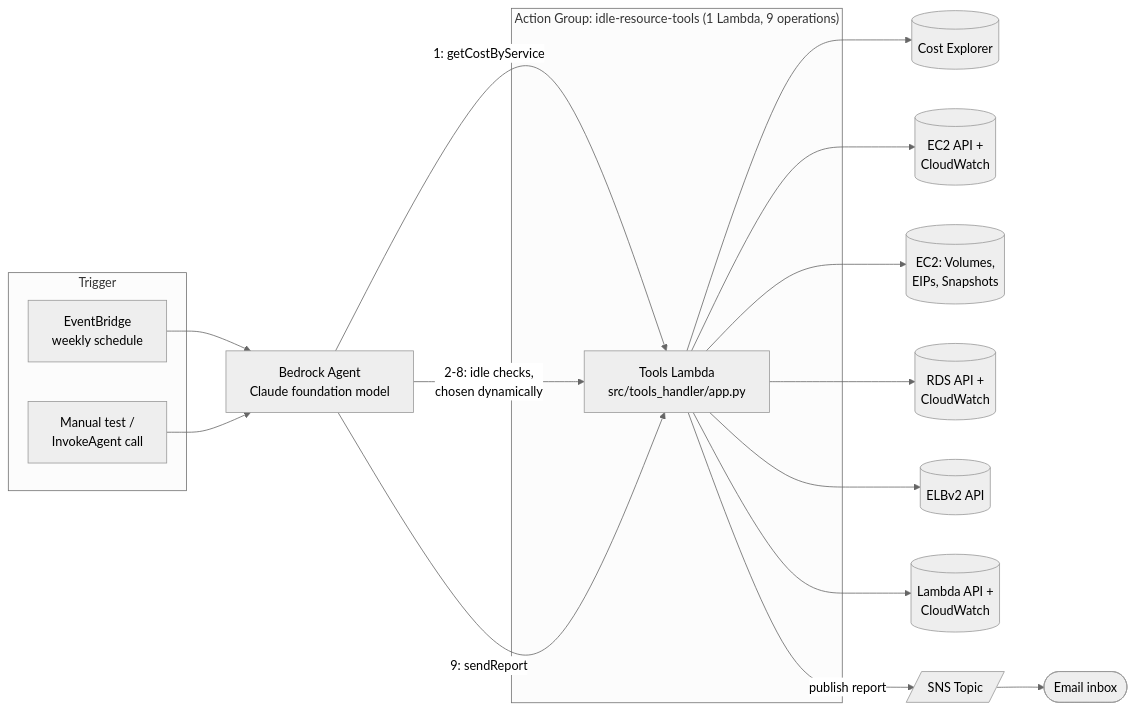
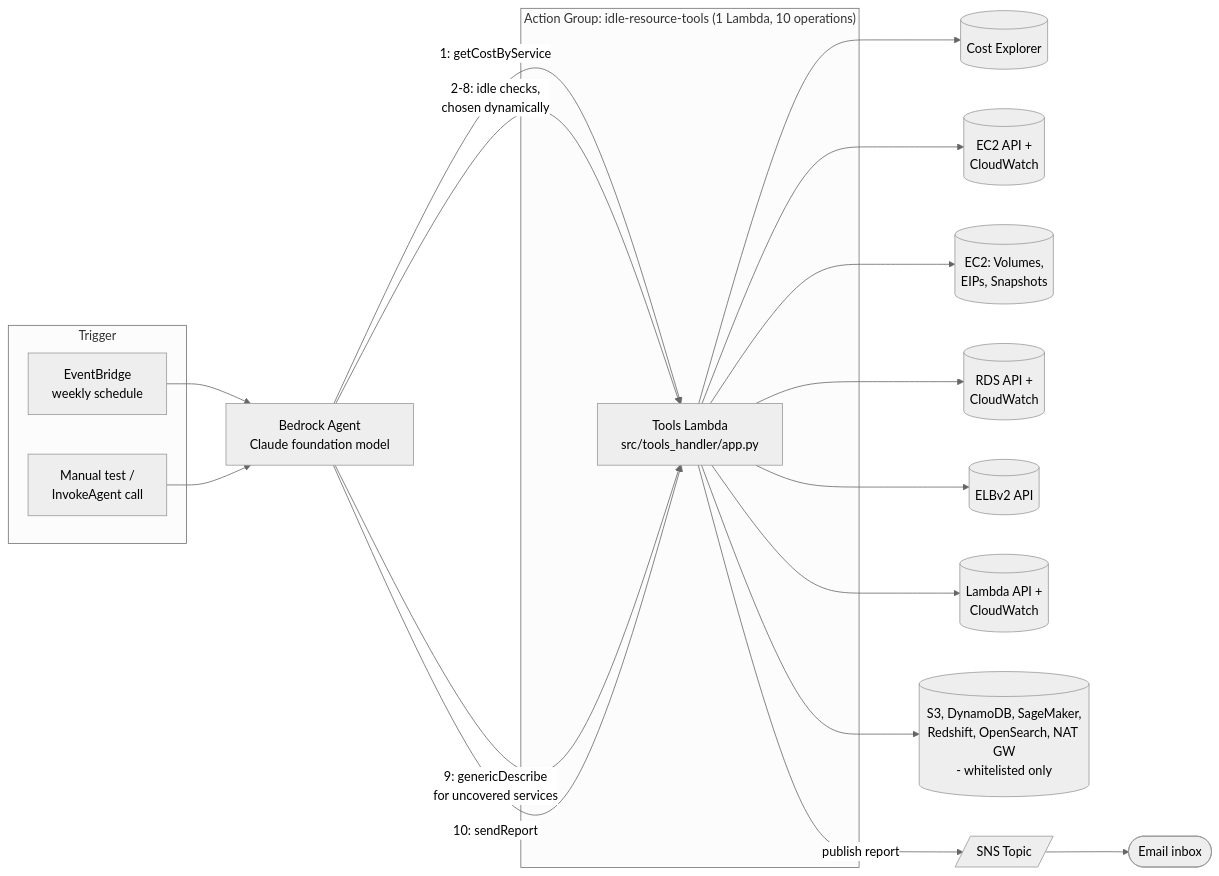
Before and after one commit to vd-2026/aws-idle-resource-agent: the first of 2 diagrams in README.md, drawn with Mermaid (neutral theme). The commit also changed other lines of this file and 2 other files, not shown here.

Commit message:
Add genericDescribe tool: whitelisted read-only fallback for services with no dedicated idle-check

````diff
--- a/README.md
+++ b/README.md
@@ -27,38 +51,41 @@
 ```mermaid
 flowchart LR
     subgraph Trigger
         EB[EventBridge<br/>weekly schedule]
         User[Manual test /<br/>InvokeAgent call]
     end
 
     Agent[Bedrock Agent<br/>Claude foundation model]
 
-    subgraph "Action Group: idle-resource-tools (1 Lambda, 9 operations)"
+    subgraph "Action Group: idle-resource-tools (1 Lambda, 10 operations)"
         L[Tools Lambda<br/>src/tools_handler/app.py]
     end
 
     CE[(Cost Explorer)]
     EC2[(EC2 API +<br/>CloudWatch)]
     EBSAPI[(EC2: Volumes,<br/>EIPs, Snapshots)]
     RDSAPI[(RDS API +<br/>CloudWatch)]
     ELBAPI[(ELBv2 API)]
     LambdaAPI[(Lambda API +<br/>CloudWatch)]
+    GenericAPI[(S3, DynamoDB, SageMaker,<br/>Redshift, OpenSearch, NAT GW<br/>- whitelisted only)]
 
     SNS[/SNS Topic/]
     Email([Email inbox])
 
     EB --> Agent
     User --> Agent
     Agent -->|1: getCostByService| L
     Agent -->|2-8: idle checks,<br/>chosen dynamically| L
-    Agent -->|9: sendReport| L
+    Agent -->|9: genericDescribe<br/>for uncovered services| L
+    Agent -->|10: sendReport| L
 
     L --> CE
     L --> EC2
     L --> EBSAPI
     L --> RDSAPI
     L --> ELBAPI
     L --> LambdaAPI
+    L --> GenericAPI
     L -->|publish report| SNS
     SNS --> Email
 ```
````
